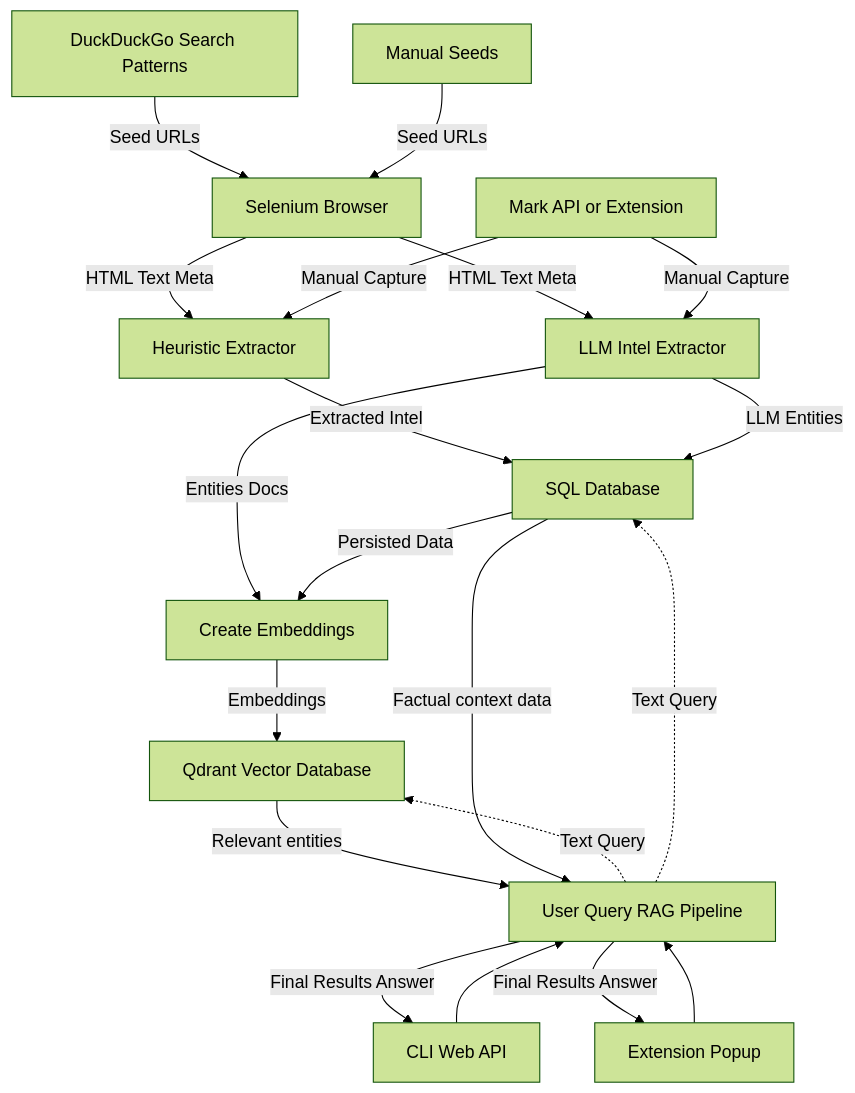
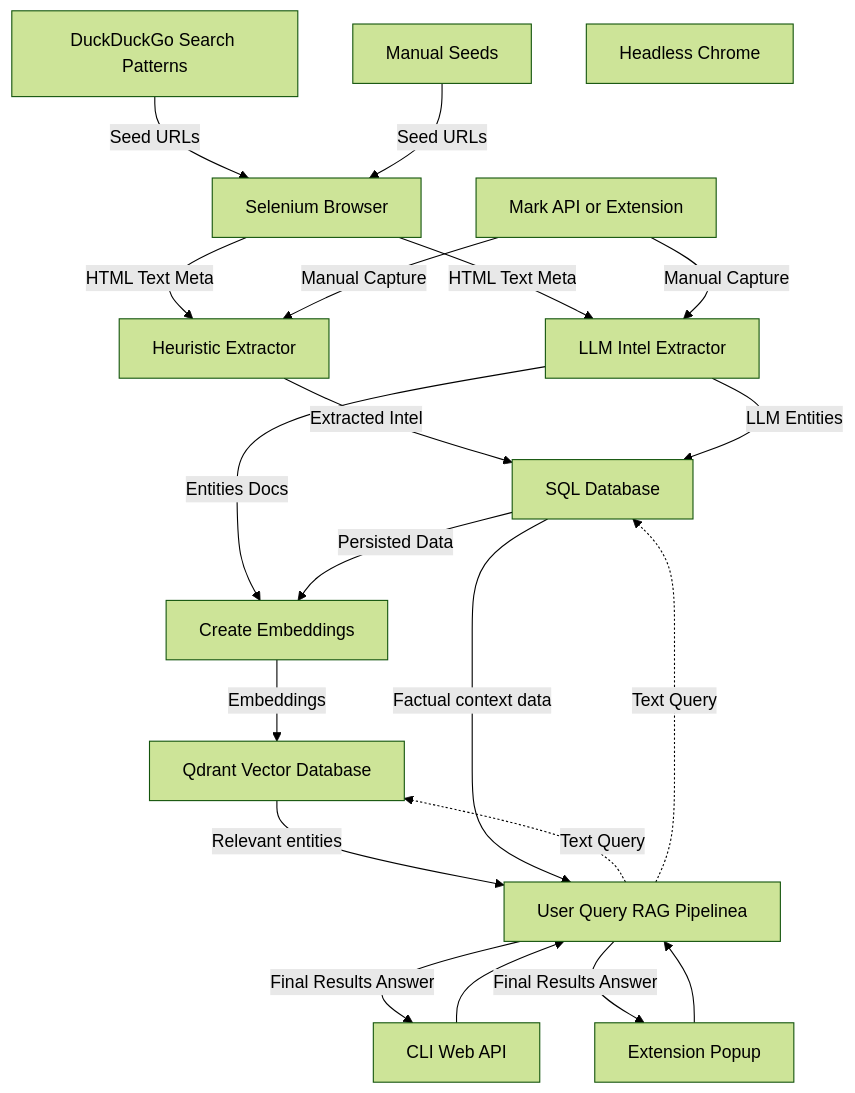
The diagram in README.md (anorien90/Garuda), drawn with Mermaid (forest theme) before and after one commit.

Commit message:
updated README and Dockerfile

````diff
--- a/README.md
+++ b/README.md
@@ -58,35 +58,36 @@
 ```mermaid
 flowchart TD
     A1[DuckDuckGo Search Patterns]
     A2[Manual Seeds]
     B1[Selenium Browser]
+    B1.1[Headless Chrome]
     B2[Mark API or Extension]
     C1[Heuristic Extractor]
     C2[LLM Intel Extractor]
     E1[SQL Database]
     D1[Create Embeddings]
     D2[Qdrant Vector Database]
-    F1[User Query RAG Pipeline]
+    F1[User Query RAG Pipelinea]
     F2[CLI Web API]
     F3[Extension Popup]
 
     A1 -->|Seed URLs| B1
     A2 -->|Seed URLs| B1
     B1 -->|HTML Text Meta| C1
     B1 -->|HTML Text Meta| C2
     B2 -->|Manual Capture| C1
     B2 -->|Manual Capture| C2
     C1 -->|Extracted Intel| E1
     C2 -->|LLM Entities| E1
     C2 -->|Entities Docs| D1
     E1 -->|Persisted Data| D1
     D1 -->|Embeddings| D2
     F1 -.->|Text Query| D2
     F1 -.->|Text Query| E1
     D2 -->|Relevant entities| F1
     E1 -->|Factual context data| F1
     F2 --> F1
     F3 --> F1
     F1 -->|Final Results Answer| F2
     F1 -->|Final Results Answer| F3
 ```
````
